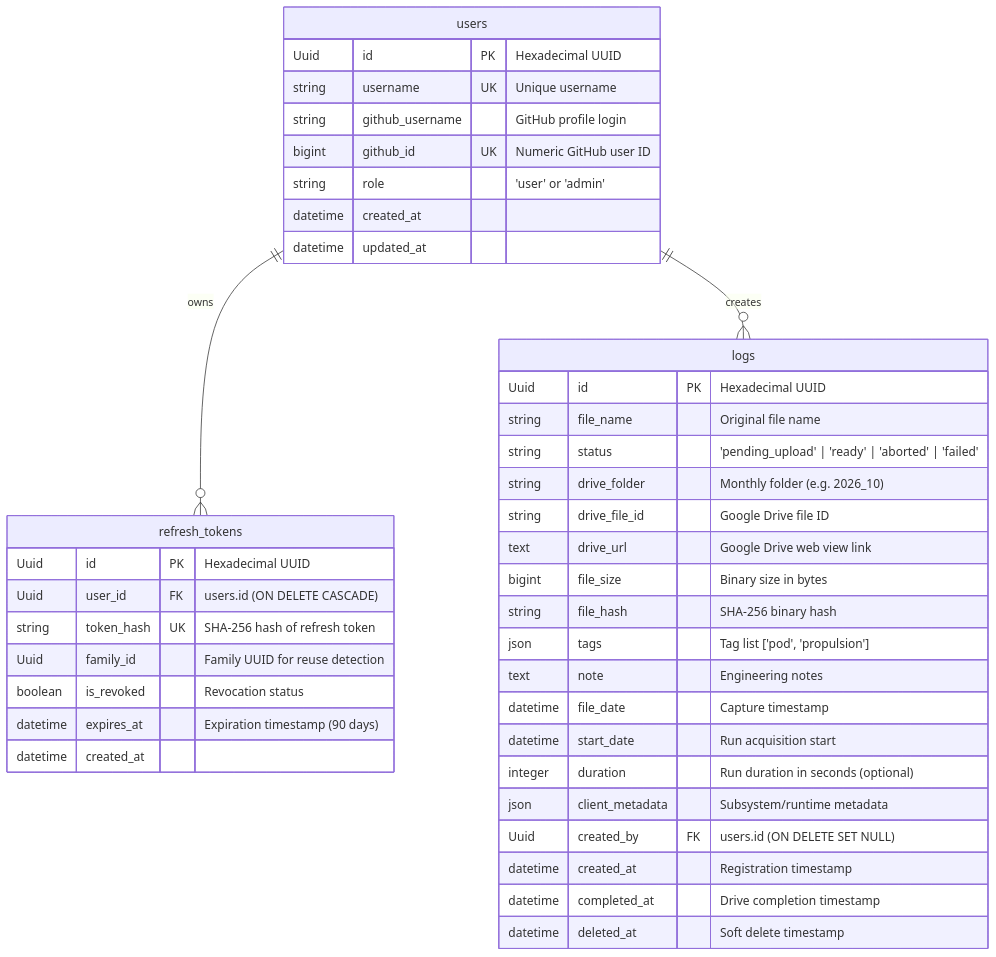
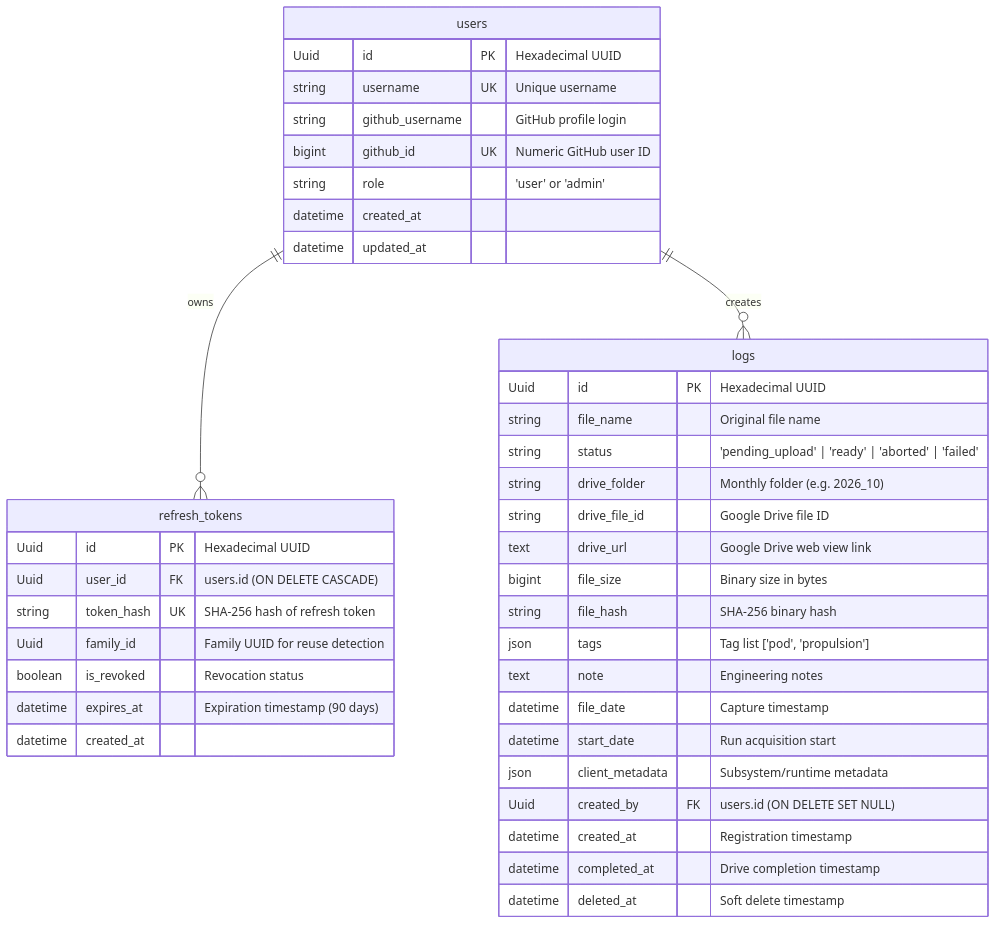
Before and after one commit to Hyperloop-UPV/cloud-logs: the second of 2 diagrams in docs/ARCHITECTURE.md, drawn with Mermaid. The commit also changed 17 other files, not shown here.

````diff
--- a/docs/ARCHITECTURE.md
+++ b/docs/ARCHITECTURE.md
@@ -71,46 +71,45 @@
 ```mermaid
 erDiagram
     users ||--o{ refresh_tokens : "owns"
     users ||--o{ logs : "creates"
 
     users {
         Uuid id PK "Hexadecimal UUID"
         string username UK "Unique username"
         string github_username "GitHub profile login"
         bigint github_id UK "Numeric GitHub user ID"
         string role "'user' or 'admin'"
         datetime created_at
         datetime updated_at
     }
 
     refresh_tokens {
         Uuid id PK "Hexadecimal UUID"
         Uuid user_id FK "users.id (ON DELETE CASCADE)"
         string token_hash UK "SHA-256 hash of refresh token"
         Uuid family_id "Family UUID for reuse detection"
         boolean is_revoked "Revocation status"
         datetime expires_at "Expiration timestamp (90 days)"
         datetime created_at
     }
 
     logs {
         Uuid id PK "Hexadecimal UUID"
         string file_name "Original file name"
         string status "'pending_upload' | 'ready' | 'aborted' | 'failed'"
         string drive_folder "Monthly folder (e.g. 2026_10)"
         string drive_file_id "Google Drive file ID"
         text drive_url "Google Drive web view link"
         bigint file_size "Binary size in bytes"
         string file_hash "SHA-256 binary hash"
         json tags "Tag list ['pod', 'propulsion']"
         text note "Engineering notes"
         datetime file_date "Capture timestamp"
         datetime start_date "Run acquisition start"
-        integer duration "Run duration in seconds (optional)"
         json client_metadata "Subsystem/runtime metadata"
         Uuid created_by FK "users.id (ON DELETE SET NULL)"
         datetime created_at "Registration timestamp"
         datetime completed_at "Drive completion timestamp"
         datetime deleted_at "Soft delete timestamp"
     }
 ```
````
